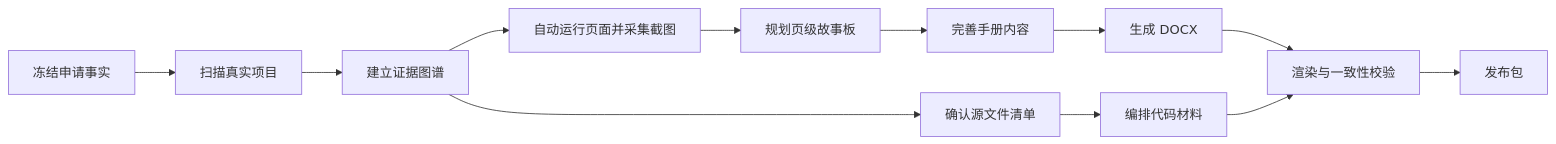
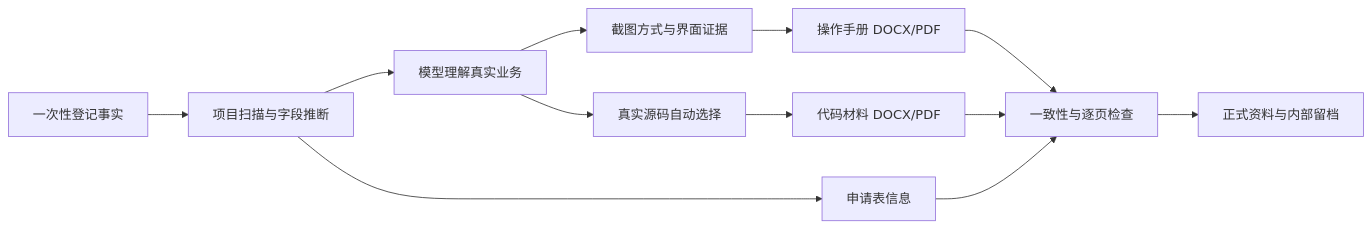
Before and after one commit to IvanCodesDev/software-certificate-skill: the diagram in README.md, drawn with Mermaid. The commit also changed other lines of this file and 216 other files, not shown here.

````diff
--- a/README.md
+++ b/README.md
@@ -56,14 +140,14 @@
 ```mermaid
 flowchart LR
-    A[冻结申请事实] --> B[扫描真实项目]
-    B --> C[建立证据图谱]
-    C --> S[自动运行页面并采集截图]
-    S --> D[规划页级故事板]
-    D --> E[完善手册内容]
-    E --> F[生成 DOCX]
-    C --> G[确认源文件清单]
-    G --> H[编排代码材料]
-    F --> I[渲染与一致性校验]
+    A[一次性登记事实] --> B[项目扫描与字段推断]
+    B --> C[模型理解真实业务]
+    C --> D[截图方式与界面证据]
+    C --> E[真实源码自动选择]
+    D --> F[操作手册 DOCX/PDF]
+    E --> G[代码材料 DOCX/PDF]
+    B --> H[申请表信息]
+    F --> I[一致性与逐页检查]
+    G --> I
     H --> I
-    I --> J[发布包]
+    I --> J[正式资料与内部留档]
 ```
````
